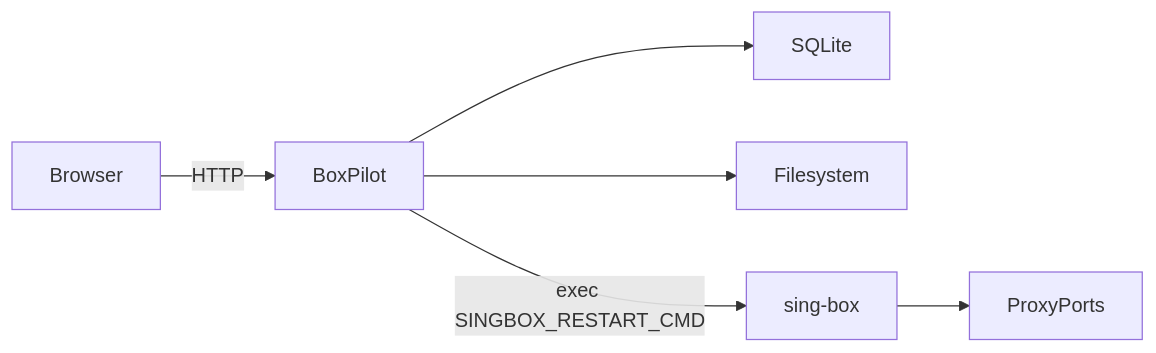
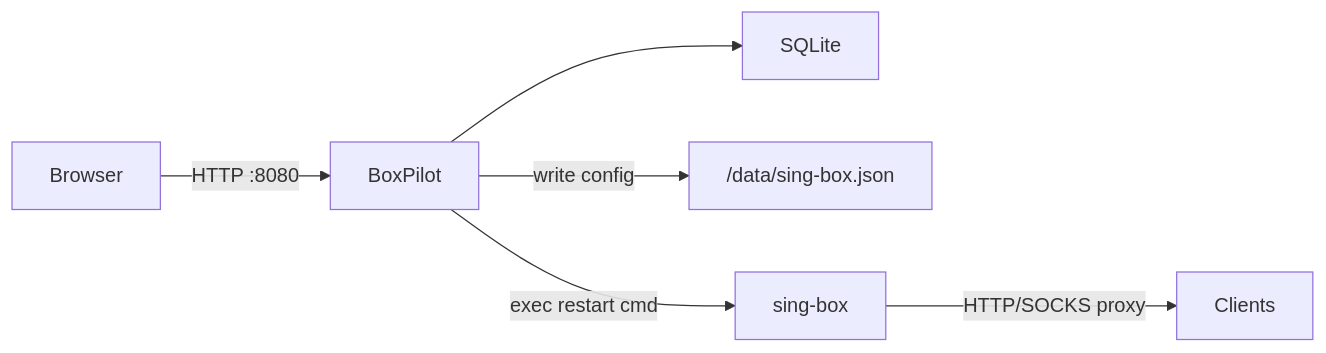
The diagram in README.md (1rten/BoxPilot), drawn with Mermaid before and after one commit. The commit also changed other lines of this file, not shown here.

Commit message:
docs: revise README to clarify BoxPilot's purpose, features, and usage instructions

````diff
--- a/README.md
+++ b/README.md
@@ -36,8 +34,8 @@
 ```mermaid
 flowchart LR
-  Browser -->|HTTP| BoxPilot
+  Browser -->|HTTP :8080| BoxPilot
   BoxPilot --> SQLite
-  BoxPilot --> Filesystem
-  BoxPilot -->|exec SINGBOX_RESTART_CMD| sing-box
-  sing-box --> ProxyPorts
+  BoxPilot -->|write config| /data/sing-box.json
+  BoxPilot -->|exec restart cmd| sing-box
+  sing-box -->|HTTP/SOCKS proxy| Clients
 ```
````
